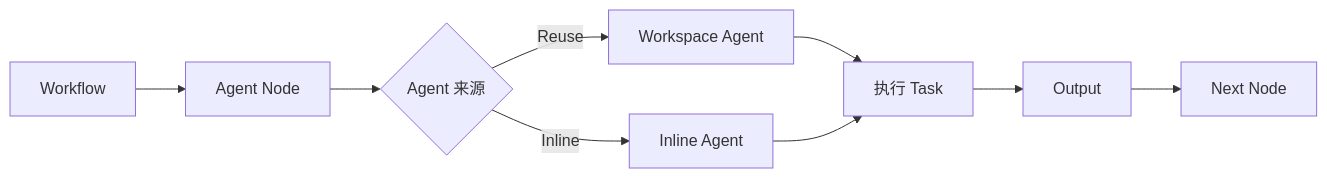
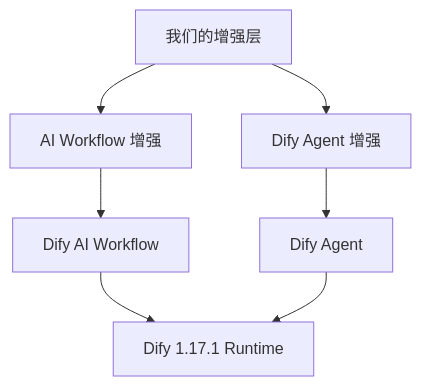
One commit to sgfd-ui/internship changed diagram 12 of 12 in weekly-report/dify-1.17-core-capabilities-research.md. Above: the diagram before and after it, drawn with Mermaid. The commit also changed other lines of this file, not shown here.

Commit message:
docs: rewrite Dify core capabilities research

````diff
--- a/weekly-report/dify-1.17-core-capabilities-research.md
+++ b/weekly-report/dify-1.17-core-capabilities-research.md
@@ -325,11 +449,9 @@
 ```mermaid
-flowchart LR
-    A[Workflow] --> B[Agent Node]
-    B --> C{Agent 来源}
-    C -->|Reuse| D[Workspace Agent]
-    C -->|Inline| E[Inline Agent]
-    D --> F[执行 Task]
+flowchart TB
+    A[我们的增强层] --> B[AI Workflow 增强]
+    A --> C[Dify Agent 增强]
+    B --> D[Dify AI Workflow]
+    C --> E[Dify Agent]
+    D --> F[Dify 1.17.1 Runtime]
     E --> F
-    F --> G[Output]
-    G --> H[Next Node]
 ```
````
